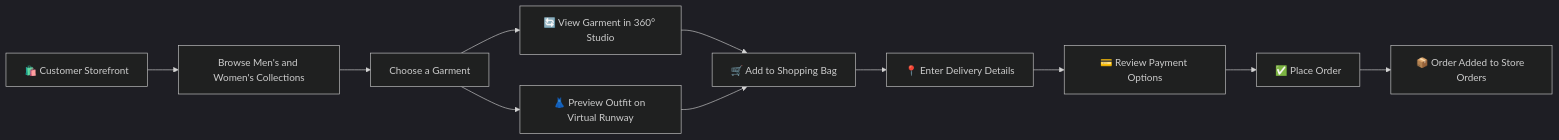
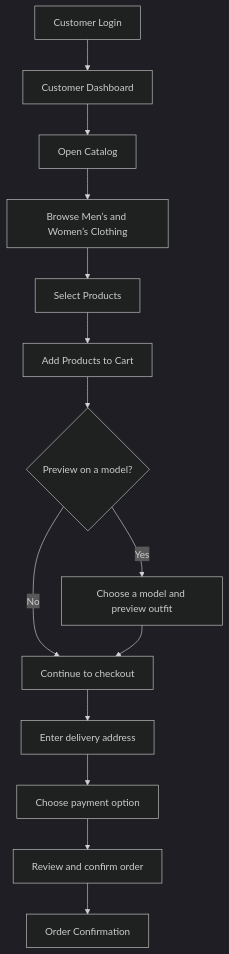
Before and after one commit to pvenkatagowthamsai-dot/FSFE_PROJECT: the second of 4 diagrams in README.md, drawn with Mermaid (dark theme). The commit also changed other lines of this file, not shown here.

````diff
--- a/README.md
+++ b/README.md
@@ -81,13 +97,18 @@
 ```mermaid
-flowchart LR
-    A["🛍️ Customer Storefront"] --> B["Browse Men's and Women's Collections"]
-    B --> C["Choose a Garment"]
-    C --> D["🔄 View Garment in 360° Studio"]
-    C --> E["👗 Preview Outfit on Virtual Runway"]
-    D --> F["🛒 Add to Shopping Bag"]
-    E --> F
-    F --> G["📍 Enter Delivery Details"]
-    G --> H["💳 Review Payment Options"]
-    H --> I["✅ Place Order"]
-    I --> J["📦 Order Added to Store Orders"]
+flowchart TD
+    A["Customer Login"] --> B["Customer Dashboard"]
+    B --> C["Open Catalog"]
+    C --> D["Browse Men’s and Women’s Clothing"]
+    D --> E["Select Products"]
+    E --> F["Add Products to Cart"]
+
+    F --> G{"Preview on a model?"}
+    G -->|"Yes"| H["Choose a model and preview outfit"]
+    G -->|"No"| I["Continue to checkout"]
+    H --> I
+
+    I --> J["Enter delivery address"]
+    J --> K["Choose payment option"]
+    K --> L["Review and confirm order"]
+    L --> M["Order Confirmation"]
 ```
````
